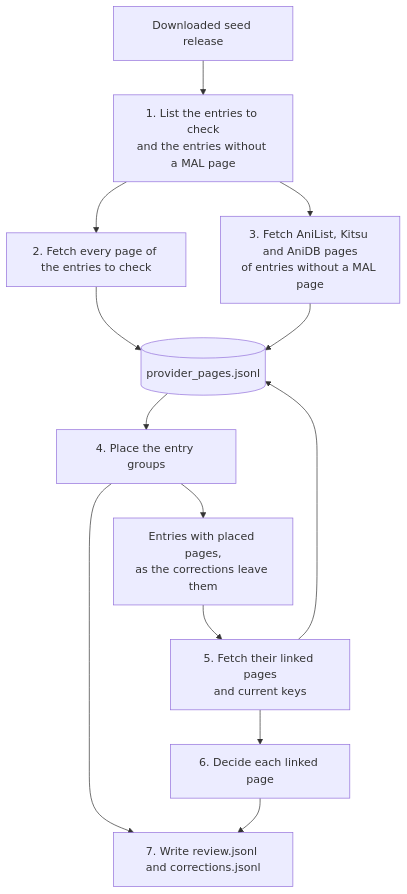
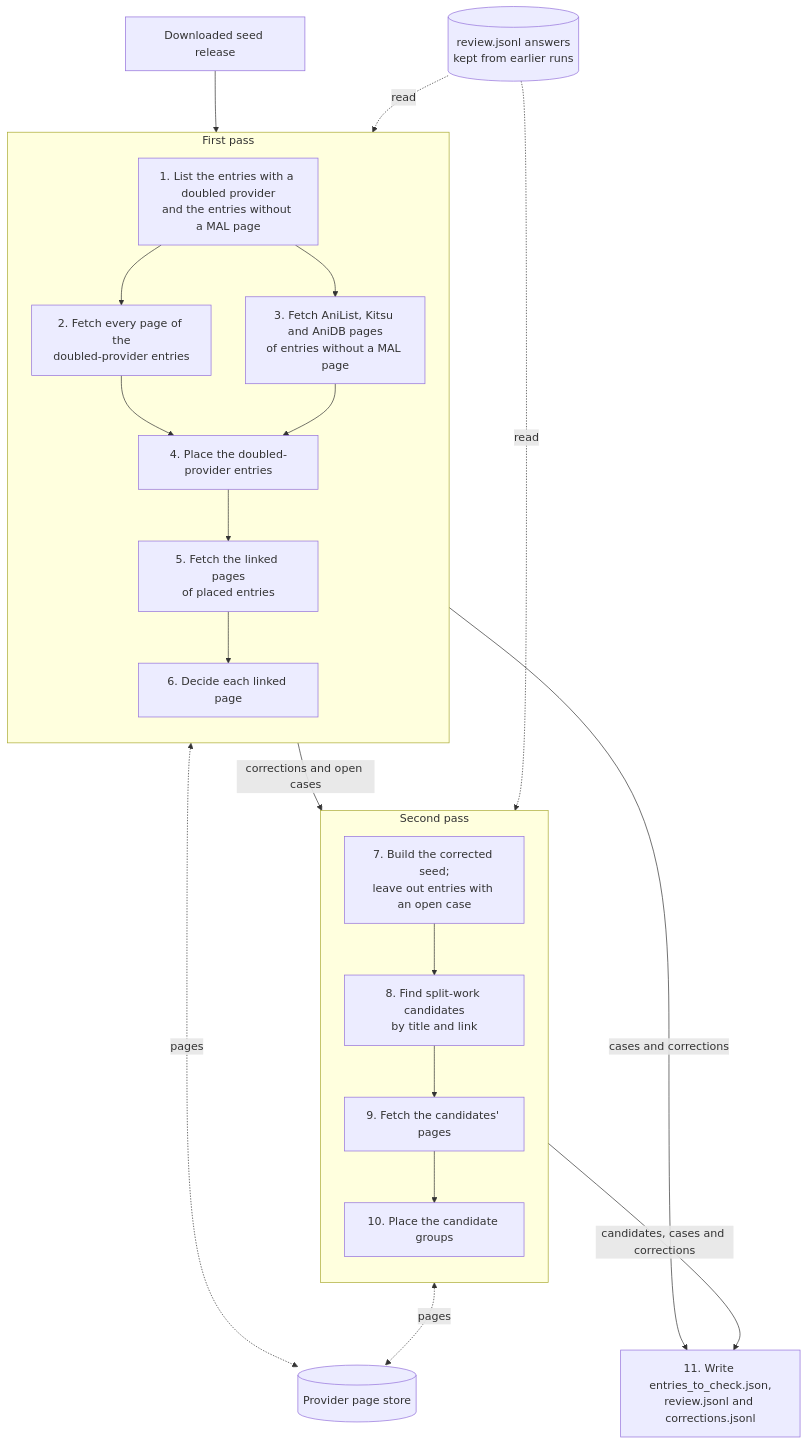
One commit to adnanaq/echora changed the first of 2 diagrams in libs/seed_cleaning/README.md. Above: the diagram before and after it, drawn with Mermaid. The commit also changed other lines of this file and 1 other file, not shown here.

First line of the commit message:
docs(ECHO-74): describe the two passes, link candidates and the MAL check

````diff
--- a/libs/seed_cleaning/README.md
+++ b/libs/seed_cleaning/README.md
@@ -55,15 +59,38 @@
 ```mermaid
 flowchart TD
-    seed[Downloaded seed release] --> list[1. List the entries to check<br/>and the entries without a MAL page]
-    list --> fetch_check[2. Fetch every page of the entries to check]
-    list --> fetch_without_mal[3. Fetch AniList, Kitsu and AniDB pages<br/>of entries without a MAL page]
-    fetch_check --> store[(provider_pages.jsonl)]
-    fetch_without_mal --> store
-    store --> doubled[4. Place the entry groups]
-    doubled --> placed[Entries with placed pages,<br/>as the corrections leave them]
-    placed --> fetch_linked[5. Fetch their linked pages<br/>and current keys]
-    fetch_linked --> store
-    fetch_linked --> decide[6. Decide each linked page]
-    doubled --> write[7. Write review.jsonl and corrections.jsonl]
-    decide --> write
+    seed[Downloaded seed release]
+    store[(Provider page store)]
+    answers[(review.jsonl answers<br/>kept from earlier runs)]
+
+    subgraph first[First pass]
+        direction TB
+        list[1. List the entries with a doubled provider<br/>and the entries without a MAL page]
+        fetch_check[2. Fetch every page of the<br/>doubled-provider entries]
+        fetch_without_mal[3. Fetch AniList, Kitsu and AniDB pages<br/>of entries without a MAL page]
+        doubled[4. Place the doubled-provider entries]
+        fetch_linked[5. Fetch the linked pages<br/>of placed entries]
+        decide[6. Decide each linked page]
+        list --> fetch_check --> doubled
+        list --> fetch_without_mal --> doubled
+        doubled --> fetch_linked --> decide
+    end
+
+    subgraph second[Second pass]
+        direction TB
+        corrected[7. Build the corrected seed;<br/>leave out entries with an open case]
+        candidates[8. Find split-work candidates<br/>by title and link]
+        fetch_candidates[9. Fetch the candidates' pages]
+        split[10. Place the candidate groups]
+        corrected --> candidates --> fetch_candidates --> split
+    end
+
+    seed --> first
+    first -- corrections and open cases --> second
+    first <-. pages .-> store
+    second <-. pages .-> store
+    answers -. read .-> first
+    answers -. read .-> second
+    first -- cases and corrections --> write
+    second -- candidates, cases and corrections --> write
+    write[11. Write entries_to_check.json,<br/>review.jsonl and corrections.jsonl]
 ```
````
